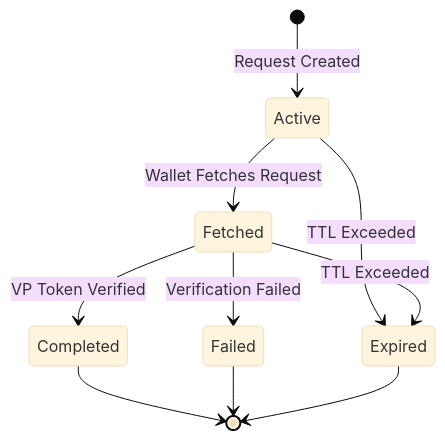
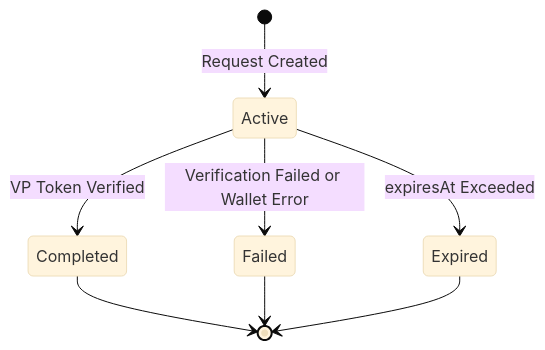
Before and after one commit to Cypher-CP0/eudiplo: the third of 3 diagrams in apps/docs/docs/architecture/presentation.md, drawn with Mermaid (base theme). The commit also changed other lines of this file and 1 other file, not shown here.

First line of the commit message:
docs(architecture): correct presentation and protocol mapping pages (#1095)

````diff
--- a/apps/docs/docs/architecture/presentation.md
+++ b/apps/docs/docs/architecture/presentation.md
@@ -462,13 +501,11 @@
 ```mermaid
 stateDiagram-v2
     [*] --> Active: Request Created
-    Active --> Fetched: Wallet Fetches Request
-    Fetched --> Completed: VP Token Verified
+    Active --> Completed: VP Token Verified
     Completed --> [*]
-    
-    Active --> Expired: TTL Exceeded
-    Fetched --> Expired: TTL Exceeded
-    Fetched --> Failed: Verification Failed
+
+    Active --> Expired: expiresAt Exceeded
+    Active --> Failed: Verification Failed or Wallet Error
     Failed --> [*]
     Expired --> [*]
 ```
````
